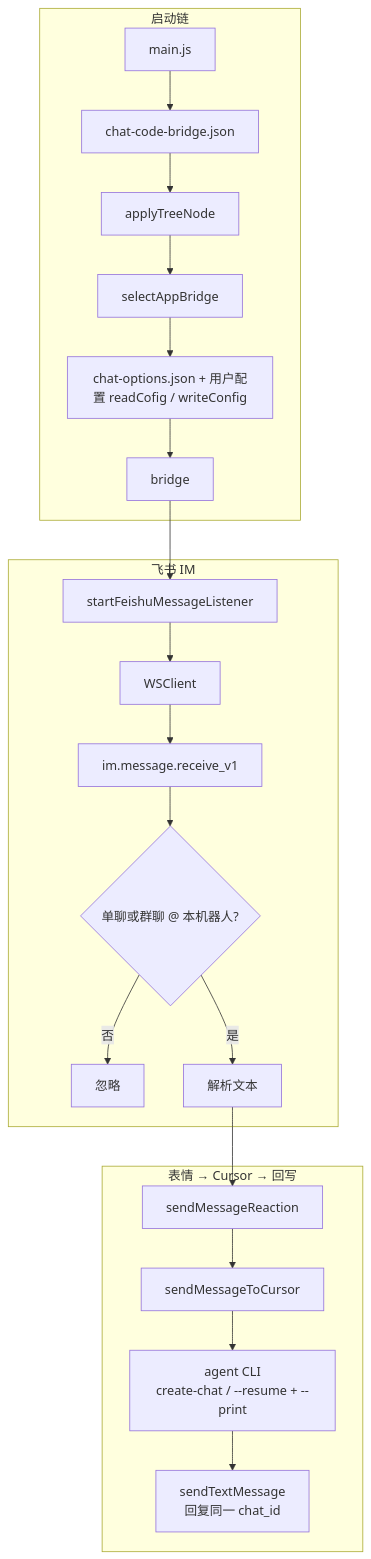
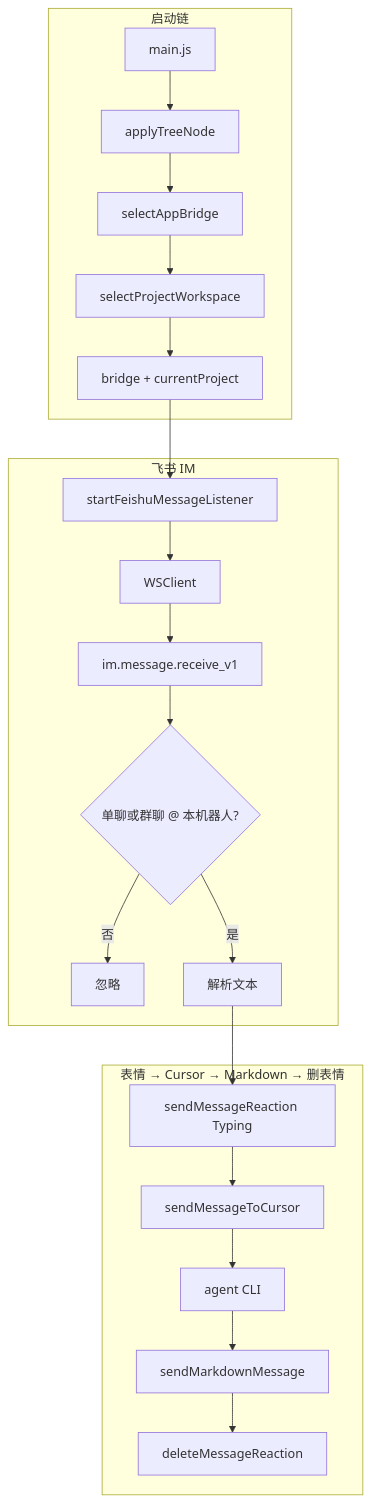
Before and after one commit to shangguanjunwei/chat2: the first of 2 diagrams in README.md, drawn with Mermaid. The commit also changed other lines of this file and 1 other file, not shown here.

````diff
--- a/README.md
+++ b/README.md
@@ -83,28 +109,28 @@
 ```mermaid
 flowchart TB
   subgraph init["启动链"]
     M[main.js]
-    J[chat-code-bridge.json]
     A[applyTreeNode]
     S[selectAppBridge]
-    O[chat-options.json + 用户配置 readCofig / writeConfig]
-    M --> J --> A --> S --> O
-    O --> B[bridge]
+    W[selectProjectWorkspace]
+    M --> A --> S --> W
+    W --> B[bridge + currentProject]
   end
 
   subgraph im["飞书 IM"]
     B --> L[startFeishuMessageListener]
-    L --> W[WSClient]
-    W --> E[im.message.receive_v1]
+    L --> WS[WSClient]
+    WS --> E[im.message.receive_v1]
     E --> F{单聊或群聊 @ 本机器人?}
     F -->|否| X[忽略]
     F -->|是| T[解析文本]
   end
 
-  subgraph bridge["表情 → Cursor → 回写"]
-    T --> R[sendMessageReaction]
+  subgraph bridge["表情 → Cursor → Markdown → 删表情"]
+    T --> R[sendMessageReaction Typing]
     R --> C[sendMessageToCursor]
-    C --> G["agent CLI<br/>create-chat / --resume + --print"]
-    G --> P["sendTextMessage<br/>回复同一 chat_id"]
+    C --> G["agent CLI"]
+    G --> MD[sendMarkdownMessage]
+    MD --> DR[deleteMessageReaction]
   end
 ```
````
